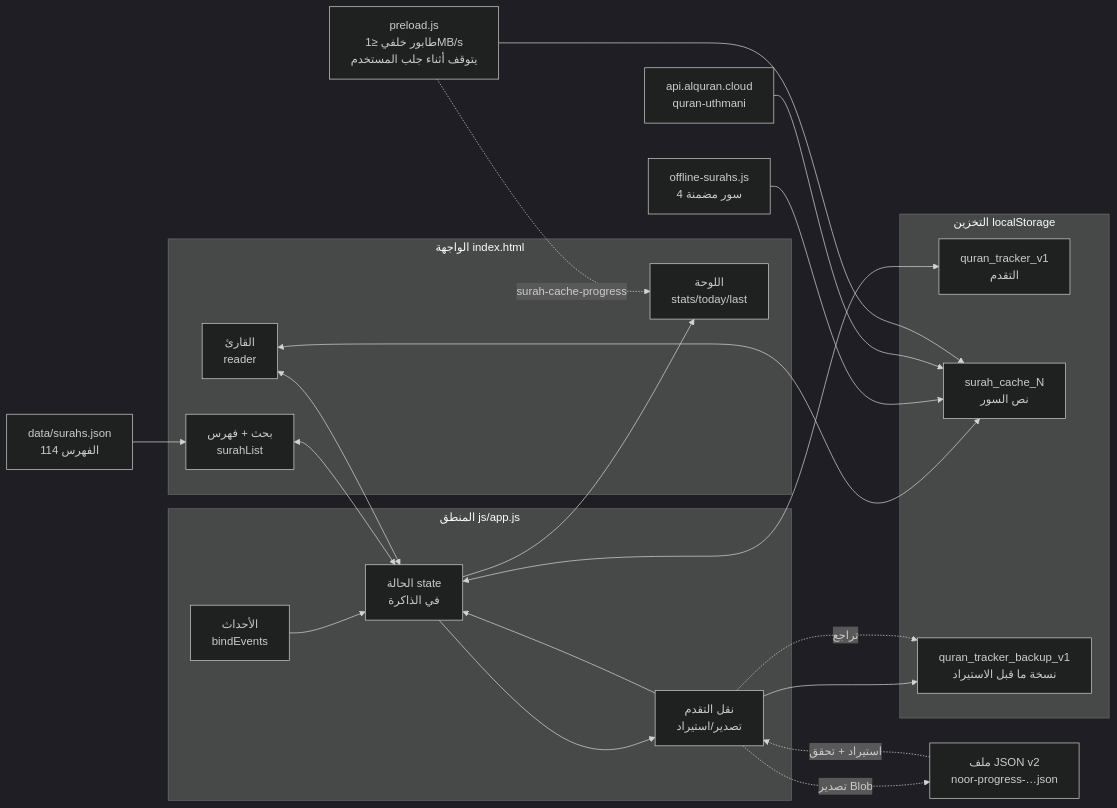
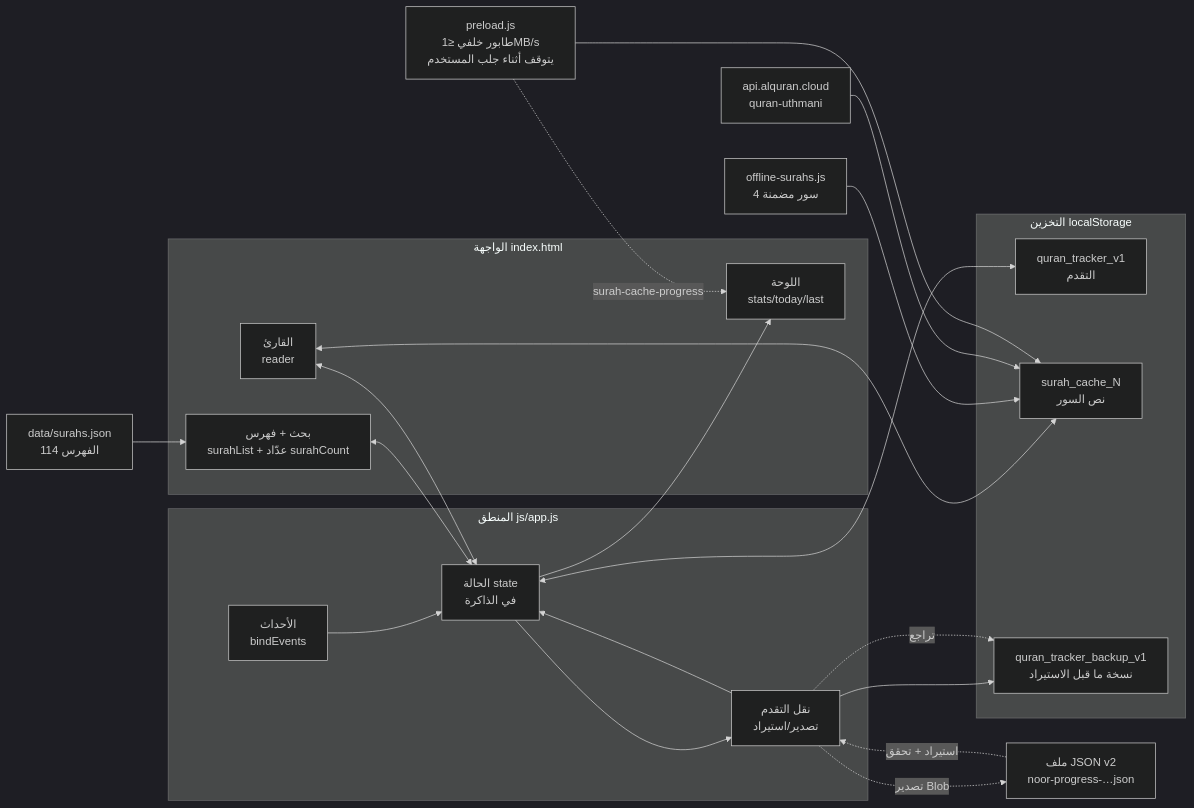
The first of 6 diagrams in docs/CODE-MAP.md (jabar-reda/quran-app), drawn with Mermaid (dark theme) before and after one commit. The commit also changed other lines of this file and 9 other files, not shown here.

````diff
--- a/docs/CODE-MAP.md
+++ b/docs/CODE-MAP.md
@@ -8,40 +8,40 @@
 ```mermaid
 flowchart LR
     subgraph UI["الواجهة index.html"]
-        S["بحث + فهرس<br/>surahList"]
+        S["بحث + فهرس<br/>surahList + عدّاد surahCount"]
         R["القارئ<br/>reader"]
         D["اللوحة<br/>stats/today/last"]
     end
     subgraph APP["المنطق js/app.js"]
         ST["الحالة state<br/>في الذاكرة"]
         EV["الأحداث<br/>bindEvents"]
         TR["نقل التقدم<br/>تصدير/استيراد"]
     end
     subgraph STORE["التخزين localStorage"]
         K["quran_tracker_v1<br/>التقدم"]
         C["surah_cache_N<br/>نص السور"]
         B["quran_tracker_backup_v1<br/>نسخة ما قبل الاستيراد"]
     end
     OFF["offline-surahs.js<br/>4 سور مضمنة"]
     API["api.alquran.cloud<br/>quran-uthmani"]
     NET["data/surahs.json<br/>الفهرس 114"]
     FILE["ملف JSON v2<br/>noor-progress-…json"]
 
     EV --> ST
     S <--> ST
     R <--> ST
     ST <--> K
     ST --> TR
     TR -.->|"تصدير Blob"| FILE
     FILE -.->|"استيراد + تحقق"| TR
     TR --> ST
     TR --> B
     TR -.->|"تراجع"| B
     R <--> C
     OFF --> C
     API --> C
     PRE["preload.js<br/>طابور خلفي ≤1MB/s<br/>يتوقف أثناء جلب المستخدم"] --> C
     PRE -.->|"surah-cache-progress"| D
     NET --> S
     ST --> D
 ```
````
